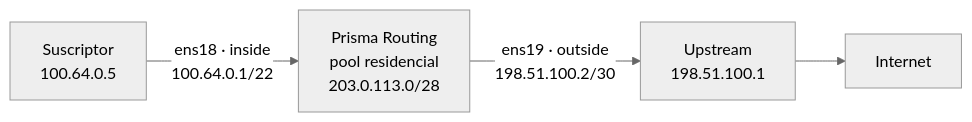
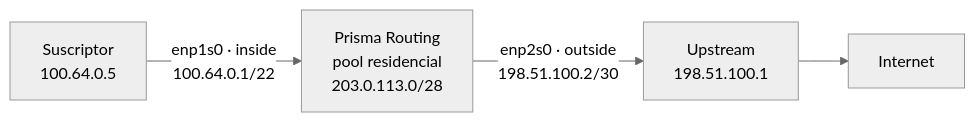
Before and after one commit to andrediashexa/prismarouting: the first of 2 diagrams in wiki/comenzar-aqui/configurar-el-cgnat-paso-a-paso.md, drawn with Mermaid (neutral theme). The commit also changed other lines of this file and 73 other files, not shown here.

````diff
--- a/wiki/comenzar-aqui/configurar-el-cgnat-paso-a-paso.md
+++ b/wiki/comenzar-aqui/configurar-el-cgnat-paso-a-paso.md
@@ -7,6 +7,6 @@
 ```mermaid
 flowchart LR
-    S["Suscriptor<br/>100.64.0.5"] -->|"ens18 · inside<br/>100.64.0.1/22"| B["Prisma Routing<br/>pool residencial<br/>203.0.113.0/28"]
-    B -->|"ens19 · outside<br/>198.51.100.2/30"| U["Upstream<br/>198.51.100.1"]
+    S["Suscriptor<br/>100.64.0.5"] -->|"enp1s0 · inside<br/>100.64.0.1/22"| B["Prisma Routing<br/>pool residencial<br/>203.0.113.0/28"]
+    B -->|"enp2s0 · outside<br/>198.51.100.2/30"| U["Upstream<br/>198.51.100.1"]
     U --> I["Internet"]
 ```
````
